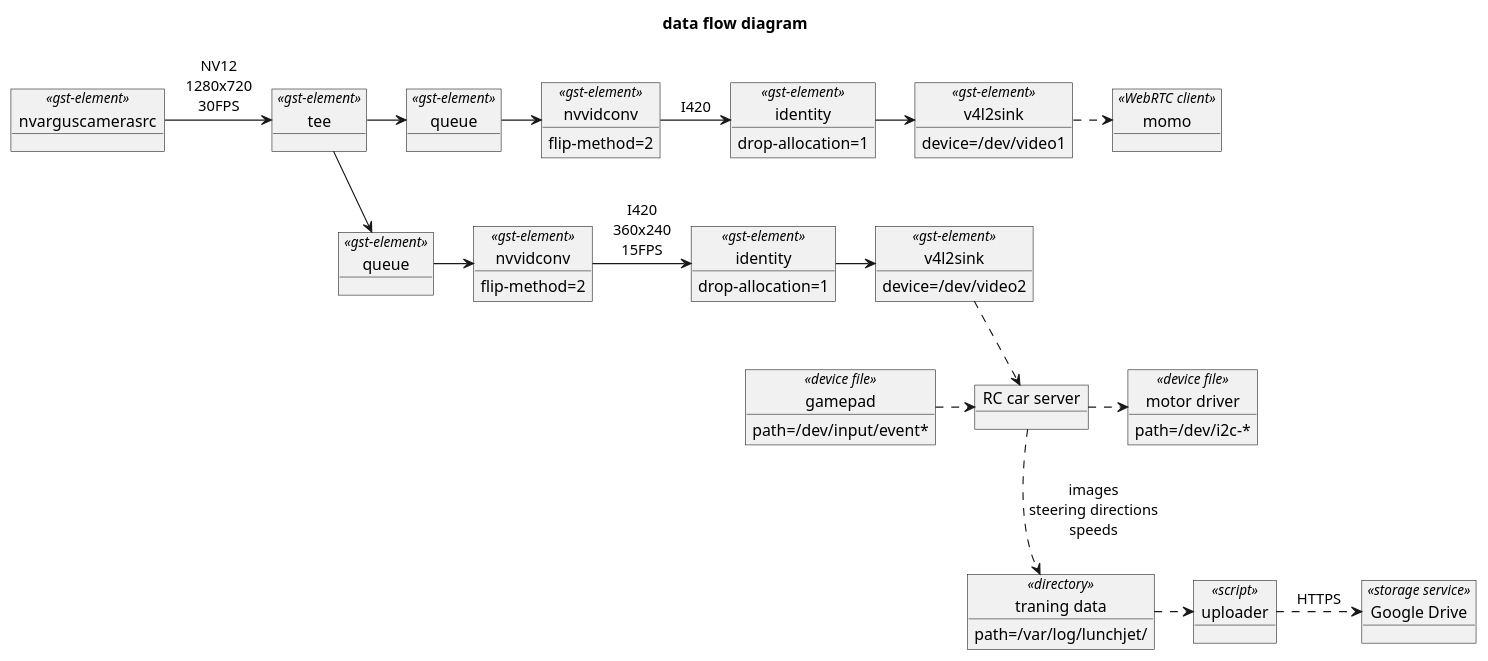
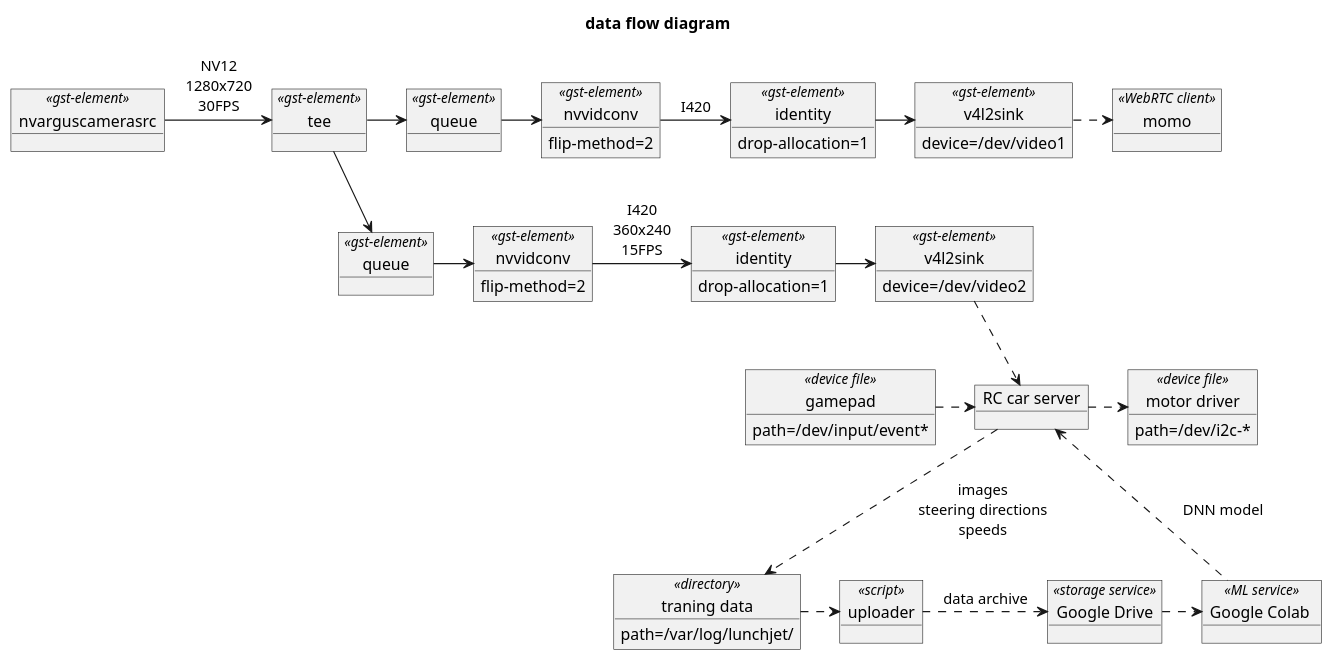
Before and after one commit to kimito/lunchjet: the diagram in doc/dataflow.puml, drawn with PlantUML.

Commit message:
update document

```diff
--- a/doc/dataflow.puml
+++ b/doc/dataflow.puml
@@ -1,71 +1,73 @@
 @startuml
 title data flow diagram
 
 object nvarguscamerasrc <<gst-element>>
 object tee <<gst-element>>
 
 nvarguscamerasrc -> tee : NV12\n1280x720\n30FPS
 
 object "queue" as q1 <<gst-element>>
 
 object "nvvidconv" as nvv1 <<gst-element>> {
     flip-method=2
 }
 object "identity" as id1 <<gst-element>> {
     drop-allocation=1
 }
 object "v4l2sink" as vsink1 <<gst-element>> {
     device=/dev/video1
 }
 object momo <<WebRTC client>>
 
 tee -> q1
 q1 -> nvv1
 nvv1 -> id1 : I420
 id1 -> vsink1
 vsink1 .> momo
 
 object "queue" as q2 <<gst-element>>
 
 object "nvvidconv" as nvv2 <<gst-element>> {
     flip-method=2
 }
 object "identity" as id2 <<gst-element>> {
     drop-allocation=1
 }
 object "v4l2sink" as vsink2 <<gst-element>> {
     device=/dev/video2
 }
 
 tee -> q2
 q2 -> nvv2
 nvv2 -> id2 : I420\n360x240\n15FPS
 id2 -> vsink2
 
 q1 -[hidden]- q2
 
 
 object "gamepad" as controller <<device file>> {
     path=/dev/input/event*
 }
 object "motor driver" as driver <<device file>> {
     path=/dev/i2c-*
 }
 object "RC car server" as server
 object "traning data" as train_data <<directory>> {
     path=/var/log/lunchjet/
 }
 vsink2 .> server
 controller .> server
-server .> driver
-server .> train_data : images\nsteering directions\nspeeds
+server .r> driver
+server ..> train_data : images\nsteering directions\nspeeds
 
 vsink2 -[hidden]- controller
-driver -[hidden]- train_data
 
 object uploader <<script>>
 object "Google Drive" as gdrive <<storage service>>
 train_data .> uploader
-uploader .> gdrive : HTTPS
-driver -[hidden] uploader
+uploader .> gdrive : data archive
+
+object "Google Colab " as gcolab <<ML service>>
+gdrive .> gcolab
+server <.. gcolab : DNN model
 @enduml
```
